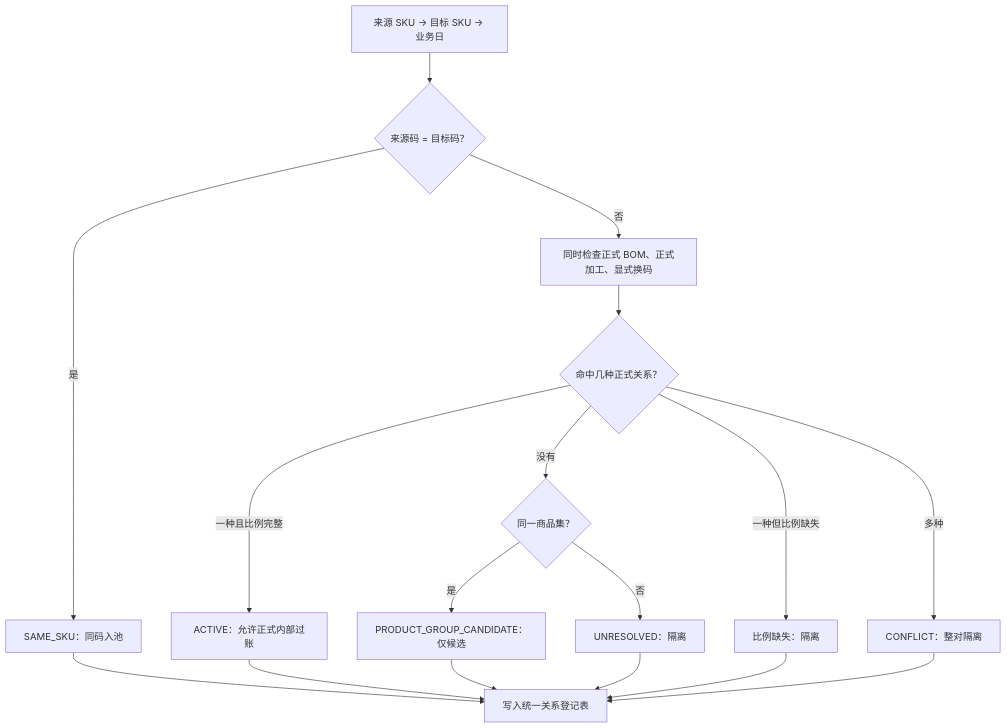
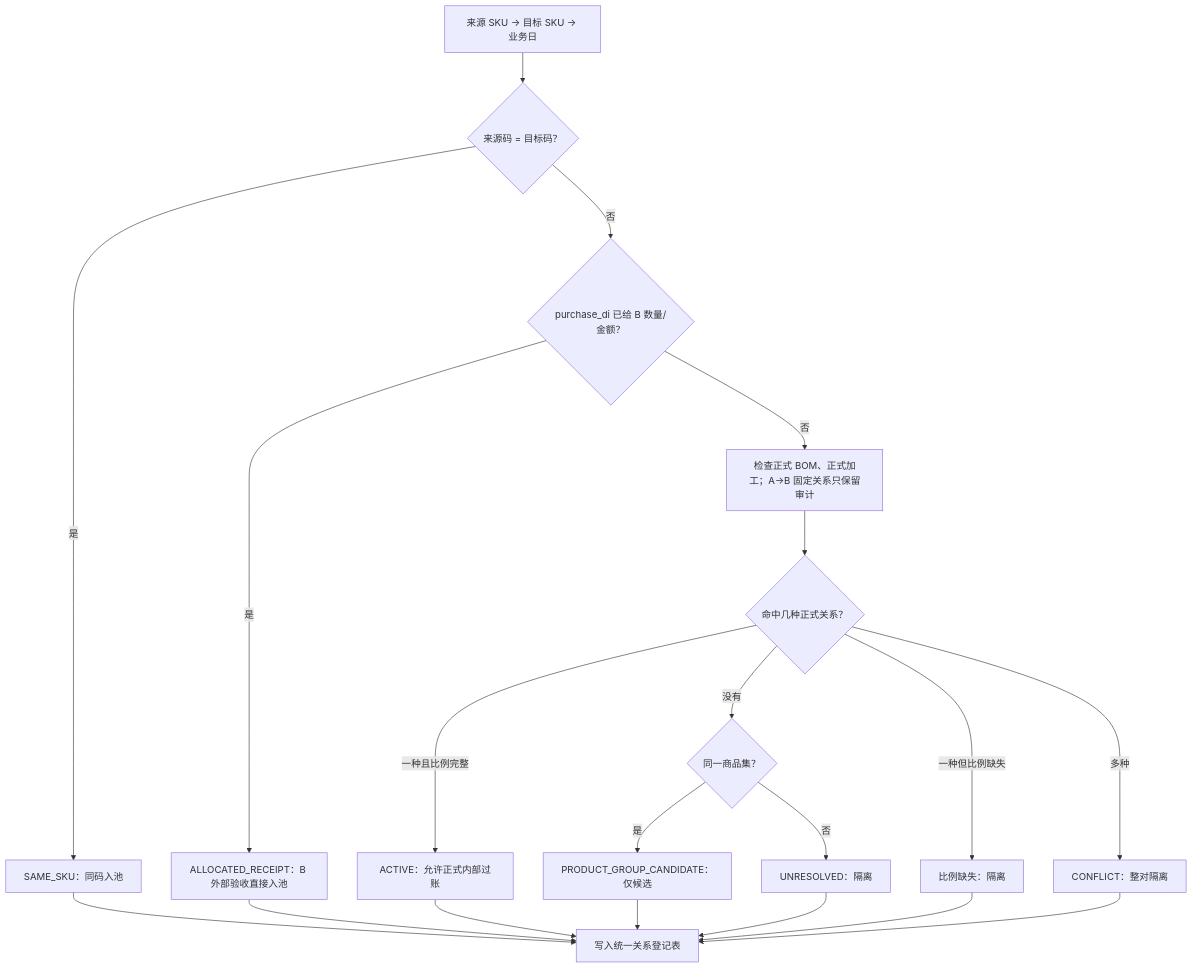
The third of 8 diagrams in fmetl/README.md (kate636/cuihua-data), drawn with Mermaid before and after one commit. The commit also changed other lines of this file and 20 other files, not shown here.

````diff
--- a/fmetl/README.md
+++ b/fmetl/README.md
@@ -207,20 +208,23 @@
 ```mermaid
 flowchart TB
     START["来源 SKU → 目标 SKU → 业务日"] --> SAME{"来源码 = 目标码？"}
     SAME -->|是| R1["SAME_SKU：同码入池"]
-    SAME -->|否| FORMAL["同时检查正式 BOM、正式加工、显式换码"]
+    SAME -->|否| ALLOC{"purchase_di 已给 B 数量/金额？"}
+    ALLOC -->|是| R7["ALLOCATED_RECEIPT：B 外部验收直接入池"]
+    ALLOC -->|否| FORMAL["检查正式 BOM、正式加工；A→B 固定关系只保留审计"]
     FORMAL --> COUNT{"命中几种正式关系？"}
     COUNT -->|多种| R6["CONFLICT：整对隔离"]
     COUNT -->|一种且比例完整| R2["ACTIVE：允许正式内部过账"]
     COUNT -->|一种但比例缺失| R5["比例缺失：隔离"]
     COUNT -->|没有| GROUP{"同一商品集？"}
     GROUP -->|是| R3["PRODUCT_GROUP_CANDIDATE：仅候选"]
     GROUP -->|否| R4["UNRESOLVED：隔离"]
 
     R1 --> REG["写入统一关系登记表"]
+    R7 --> REG
     R2 --> REG
     R3 --> REG
     R4 --> REG
     R5 --> REG
     R6 --> REG
 ```
````
